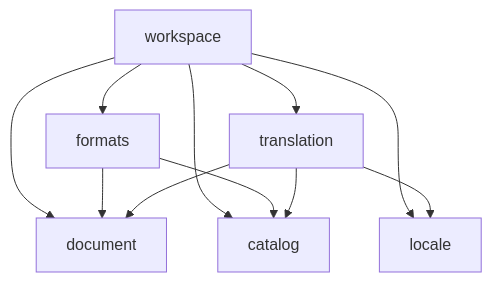
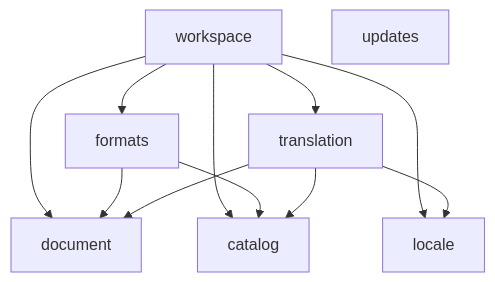
The diagram in docs/architecture.md (mooeypoo/paperl10n), drawn with Mermaid before and after one commit. The commit also changed other lines of this file and 55 other files, not shown here.

````diff
--- a/docs/architecture.md
+++ b/docs/architecture.md
@@ -42,13 +42,14 @@
 ```mermaid
 graph TD
   workspace --> formats
   workspace --> locale
   workspace --> document
   workspace --> translation
   workspace --> catalog
   formats --> document
   formats --> catalog
   translation --> document
   translation --> catalog
   translation --> locale
+  updates
 ```
````
